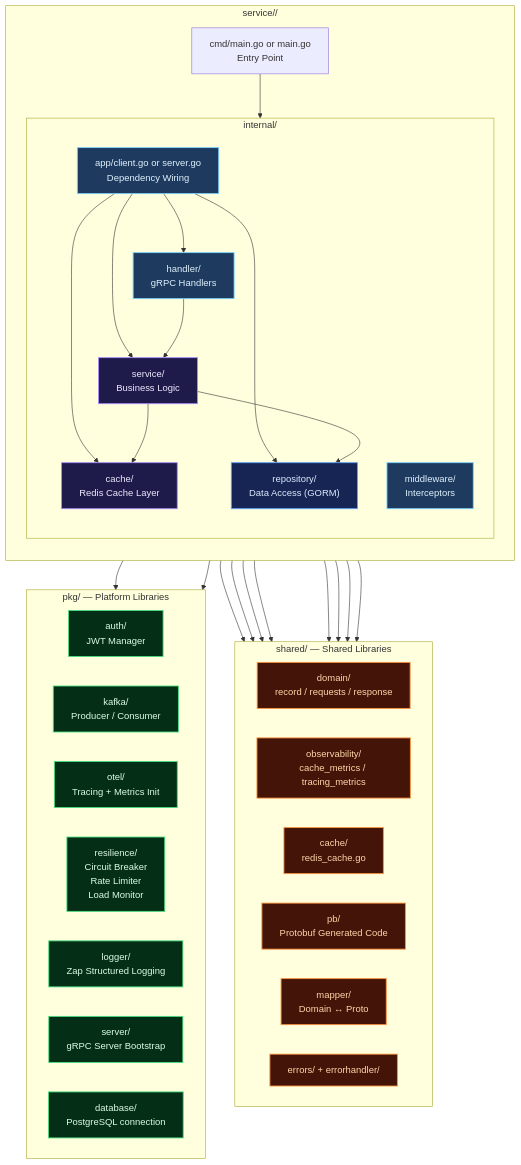
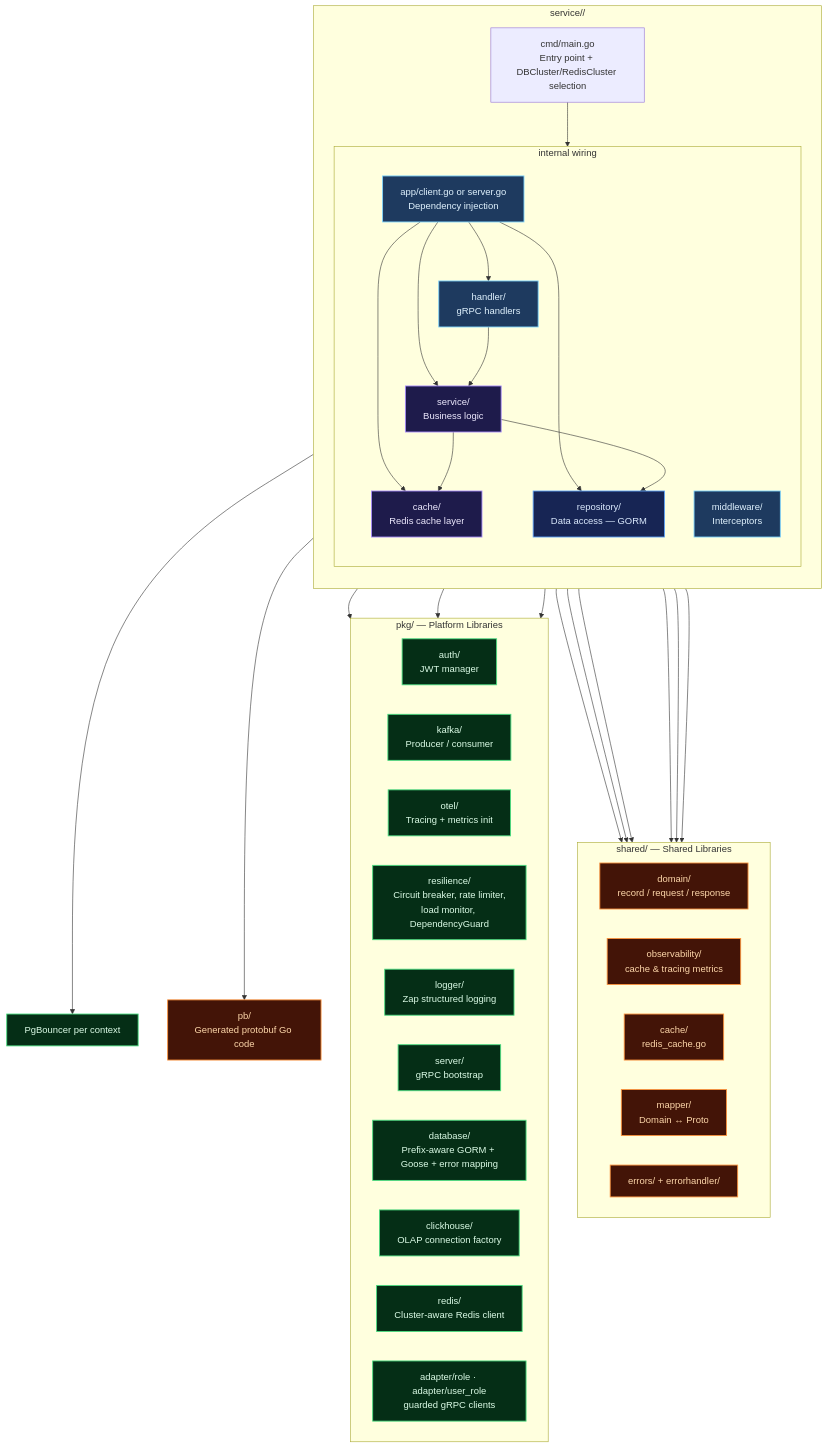
Before and after one commit to MamangRust/microservice-payment-gateway-gorm: the seventh of 15 diagrams in README.md, drawn with Mermaid. The commit also changed other lines of this file and 545 other files, not shown here.

````diff
--- a/README.md
+++ b/README.md
@@ -222,65 +496,71 @@
 ```mermaid
 graph TB
     classDef handler fill:#1e3a5f,stroke:#7dd3fc,color:#e0f2fe,stroke-width:1.5px
     classDef service fill:#1e1b4b,stroke:#a78bfa,color:#ede9fe,stroke-width:1.5px
     classDef repo fill:#172554,stroke:#60a5fa,color:#dbeafe,stroke-width:1.5px
     classDef infra fill:#052e16,stroke:#4ade80,color:#dcfce7,stroke-width:1.5px
     classDef shared fill:#431407,stroke:#fb923c,color:#fed7aa,stroke-width:1.5px
 
     subgraph Service["service/<name>/"]
         direction TB
 
-        CMD["cmd/main.go or main.go<br/>Entry Point"]
+        CMD["cmd/main.go<br/>Entry point + DBCluster/RedisCluster selection"]
 
-        subgraph Internal["internal/"]
+        subgraph Internal["internal wiring"]
             direction TB
-            APPS["app/client.go or server.go<br/>Dependency Wiring"]:::handler
-            HANDLER["handler/<br/>gRPC Handlers"]:::handler
+            APPS["app/client.go or server.go<br/>Dependency injection"]:::handler
+            HANDLER["handler/<br/>gRPC handlers"]:::handler
             MW["middleware/<br/>Interceptors"]:::handler
-            SVC["service/<br/>Business Logic"]:::service
-            CACHE["cache/<br/>Redis Cache Layer"]:::service
-            REPO["repository/<br/>Data Access (GORM)"]:::repo
+            SVC["service/<br/>Business logic"]:::service
+            CACHE["cache/<br/>Redis cache layer"]:::service
+            REPO["repository/<br/>Data access — GORM"]:::repo
         end
 
         CMD --> APPS
         APPS --> HANDLER
         APPS --> SVC
         APPS --> CACHE
         APPS --> REPO
         HANDLER --> SVC
         SVC --> REPO
         SVC --> CACHE
     end
 
     subgraph SharedLibs["shared/ — Shared Libraries"]
         direction LR
-        DOMAIN["domain/<br/>record / requests / response"]:::shared
-        OBS["observability/<br/>cache_metrics / tracing_metrics"]:::shared
+        DOMAIN["domain/<br/>record / request / response"]:::shared
+        OBS["observability/<br/>cache & tracing metrics"]:::shared
         CACHESHARED["cache/<br/>redis_cache.go"]:::shared
-        PB["pb/<br/>Protobuf Generated Code"]:::shared
         MAPPER["mapper/<br/>Domain ↔ Proto"]:::shared
         ERRORS["errors/ + errorhandler/"]:::shared
     end
 
     subgraph PkgLibs["pkg/ — Platform Libraries"]
         direction LR
-        PKGAUTH["auth/<br/>JWT Manager"]:::infra
-        PKGKAFKA["kafka/<br/>Producer / Consumer"]:::infra
-        PKGOTEL["otel/<br/>Tracing + Metrics Init"]:::infra
-        PKGRES["resilience/<br/>Circuit Breaker<br/>Rate Limiter<br/>Load Monitor"]:::infra
-        PKGLOG["logger/<br/>Zap Structured Logging"]:::infra
-        PKGSRV["server/<br/>gRPC Server Bootstrap"]:::infra
-        PKGDB["database/<br/>PostgreSQL connection"]:::infra
+        PKGAUTH["auth/<br/>JWT manager"]:::infra
+        PKGKAFKA["kafka/<br/>Producer / consumer"]:::infra
+        PKGOTEL["otel/<br/>Tracing + metrics init"]:::infra
+        PKGRES["resilience/<br/>Circuit breaker, rate limiter,<br/>load monitor, DependencyGuard"]:::infra
+        PKGLOG["logger/<br/>Zap structured logging"]:::infra
+        PKGSRV["server/<br/>gRPC bootstrap"]:::infra
+        PKGDB["database/<br/>Prefix-aware GORM + Goose + error mapping"]:::infra
+        PKGCH["clickhouse/<br/>OLAP connection factory"]:::infra
+        PKGREDIS["redis/<br/>Cluster-aware Redis client"]:::infra
+        PKGADAPTER["adapter/role · adapter/user_role<br/>guarded gRPC clients"]:::infra
     end
 
+    PB["pb/<br/>Generated protobuf Go code"]:::shared
+    PGB_EXT["PgBouncer per context"]:::infra
+
     REPO --> DOMAIN
-    REPO --> PB
+    REPO --> PGB_EXT
     SVC --> DOMAIN
     SVC --> OBS
     HANDLER --> PB
     HANDLER --> MAPPER
     APPS --> PKGSRV
     APPS --> PKGOTEL
     APPS --> CACHESHARED
+    APPS --> PKGADAPTER
     APPS --> OBS
 ```
````
